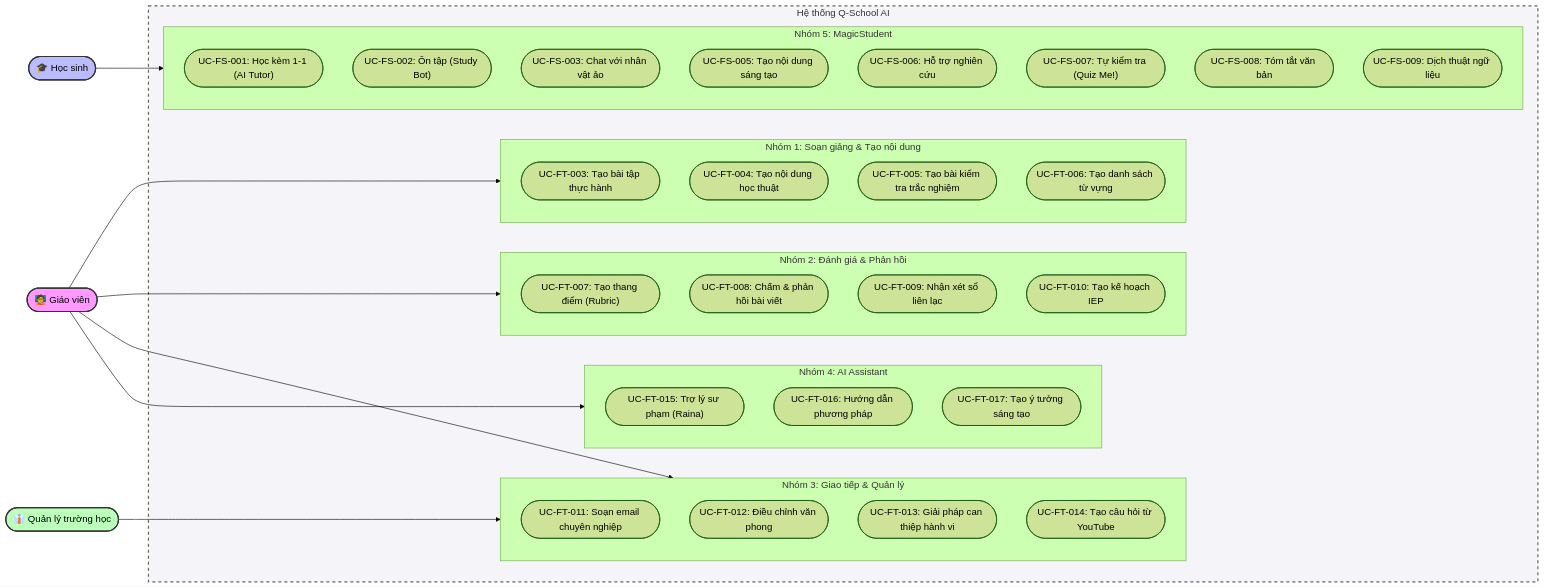
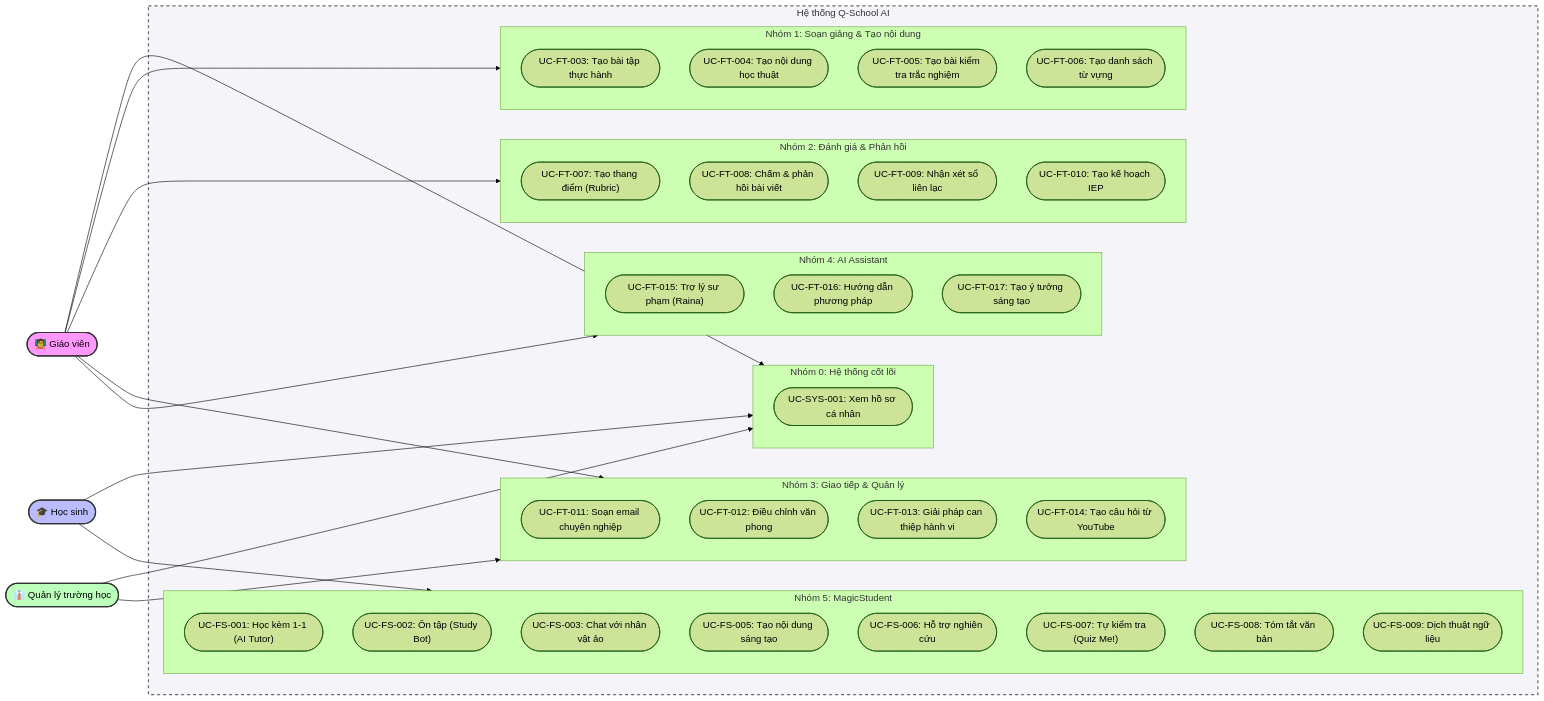
Before and after one commit to Cong-ty-TNNH-Q-Tech/Q-School: the diagram in docs/overall_use_case.md, drawn with Mermaid (forest theme). The commit also changed 1 other file, not shown here.

Commit message:
docs: add system core group and view profile use-case

````diff
--- a/docs/overall_use_case.md
+++ b/docs/overall_use_case.md
@@ -5,62 +5,69 @@
 ```mermaid
 flowchart LR
     %% Actors
     Teacher(["🧑‍🏫 Giáo viên"])
     Student(["🎓 Học sinh"])
     Admin(["👔 Quản lý trường học"])
 
     %% System Boundary
     subgraph QSchool ["Hệ thống Q-School AI"]
         
+        subgraph G0 ["Nhóm 0: Hệ thống cốt lõi"]
+            UC1(["UC-SYS-001: Xem hồ sơ cá nhân"])
+        end
+
         subgraph G1 ["Nhóm 1: Soạn giảng & Tạo nội dung"]
             UC3(["UC-FT-003: Tạo bài tập thực hành"])
             UC4(["UC-FT-004: Tạo nội dung học thuật"])
             UC5(["UC-FT-005: Tạo bài kiểm tra trắc nghiệm"])
             UC6(["UC-FT-006: Tạo danh sách từ vựng"])
         end
 
         subgraph G2 ["Nhóm 2: Đánh giá & Phản hồi"]
             UC7(["UC-FT-007: Tạo thang điểm (Rubric)"])
             UC8(["UC-FT-008: Chấm & phản hồi bài viết"])
             UC9(["UC-FT-009: Nhận xét sổ liên lạc"])
             UC10(["UC-FT-010: Tạo kế hoạch IEP"])
         end
 
         subgraph G3 ["Nhóm 3: Giao tiếp & Quản lý"]
             UC11(["UC-FT-011: Soạn email chuyên nghiệp"])
             UC12(["UC-FT-012: Điều chỉnh văn phong"])
             UC13(["UC-FT-013: Giải pháp can thiệp hành vi"])
             UC14(["UC-FT-014: Tạo câu hỏi từ YouTube"])
         end
 
         subgraph G4 ["Nhóm 4: AI Assistant"]
             UC15(["UC-FT-015: Trợ lý sư phạm (Raina)"])
             UC16(["UC-FT-016: Hướng dẫn phương pháp"])
             UC17(["UC-FT-017: Tạo ý tưởng sáng tạo"])
         end
 
         subgraph G5 ["Nhóm 5: MagicStudent"]
             UC18(["UC-FS-001: Học kèm 1-1 (AI Tutor)"])
             UC19(["UC-FS-002: Ôn tập (Study Bot)"])
             UC20(["UC-FS-003: Chat với nhân vật ảo"])
             UC21(["UC-FS-005: Tạo nội dung sáng tạo"])
             UC22(["UC-FS-006: Hỗ trợ nghiên cứu"])
             UC23(["UC-FS-007: Tự kiểm tra (Quiz Me!)"])
             UC24(["UC-FS-008: Tóm tắt văn bản"])
             UC25(["UC-FS-009: Dịch thuật ngữ liệu"])
         end
     end
 
     %% Relationships
+    Teacher --> G0
     Teacher --> G1
     Teacher --> G2
     Teacher --> G3
     Teacher --> G4
+    Admin --> G0
     Admin --> G3
+    Student --> G0
     Student --> G5
 
     style Teacher fill:#f9f,stroke:#333,stroke-width:2px
     style Student fill:#bbf,stroke:#333,stroke-width:2px
     style Admin fill:#bfb,stroke:#333,stroke-width:2px
     style QSchool fill:#f4f4f9,stroke:#666,stroke-width:2px,stroke-dasharray: 5 5
 ```
````
